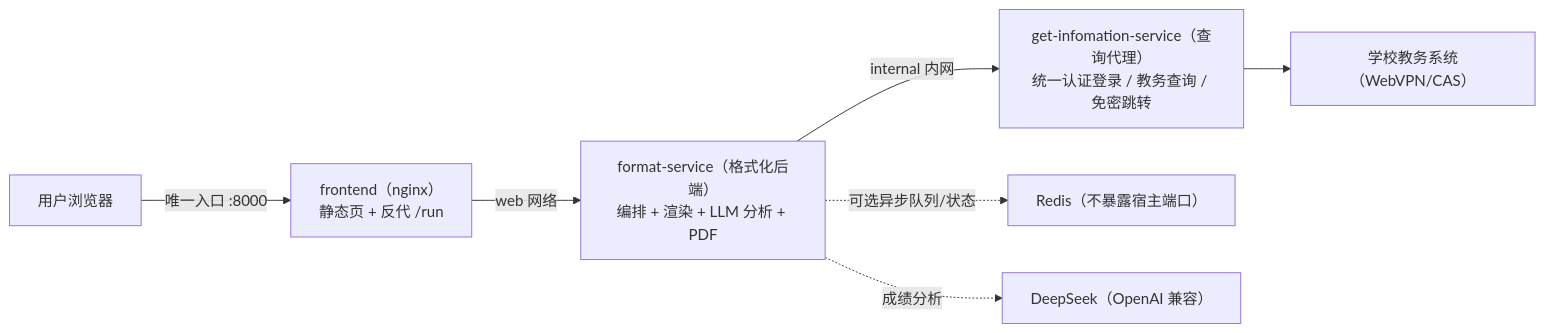
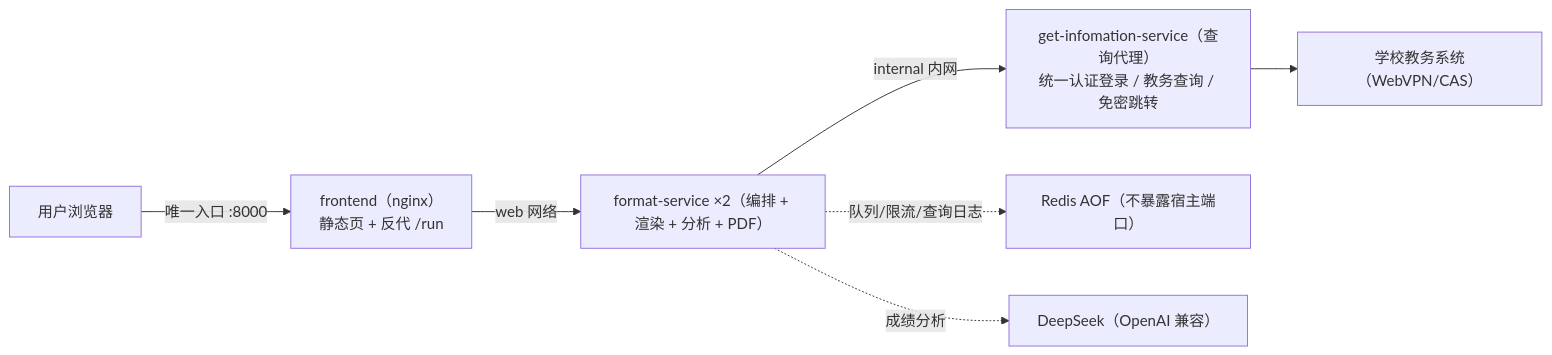
The diagram in README.md (Lzf07123/Stpt-Query), drawn with Mermaid before and after one commit. The commit also changed other lines of this file and 6 other files, not shown here.

````diff
--- a/README.md
+++ b/README.md
@@ -63,9 +63,9 @@
 ```mermaid
 flowchart LR
     U[用户浏览器] -->|唯一入口 :8000| F["frontend（nginx）<br/>静态页 + 反代 /run"]
-    F -->|web 网络| S["format-service（格式化后端）<br/>编排 + 渲染 + LLM 分析 + PDF"]
+    F -->|web 网络| S["format-service ×2（编排 + 渲染 + 分析 + PDF）"]
     S -->|internal 内网| G["get-infomation-service（查询代理）<br/>统一认证登录 / 教务查询 / 免密跳转"]
-    S -.可选异步队列/状态.-> R["Redis（不暴露宿主端口）"]
+    S -.队列/限流/查询日志.-> R["Redis AOF（不暴露宿主端口）"]
     S -.成绩分析.-> L["DeepSeek（OpenAI 兼容）"]
     G --> U2["学校教务系统（WebVPN/CAS）"]
 ```
````
